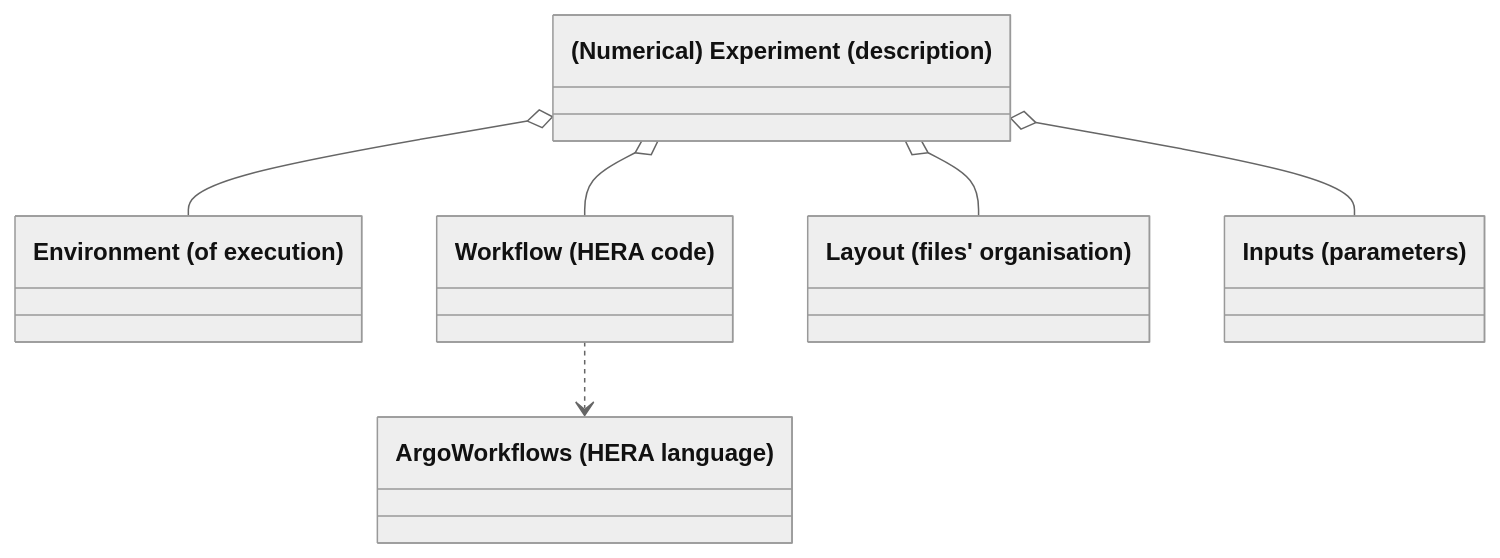
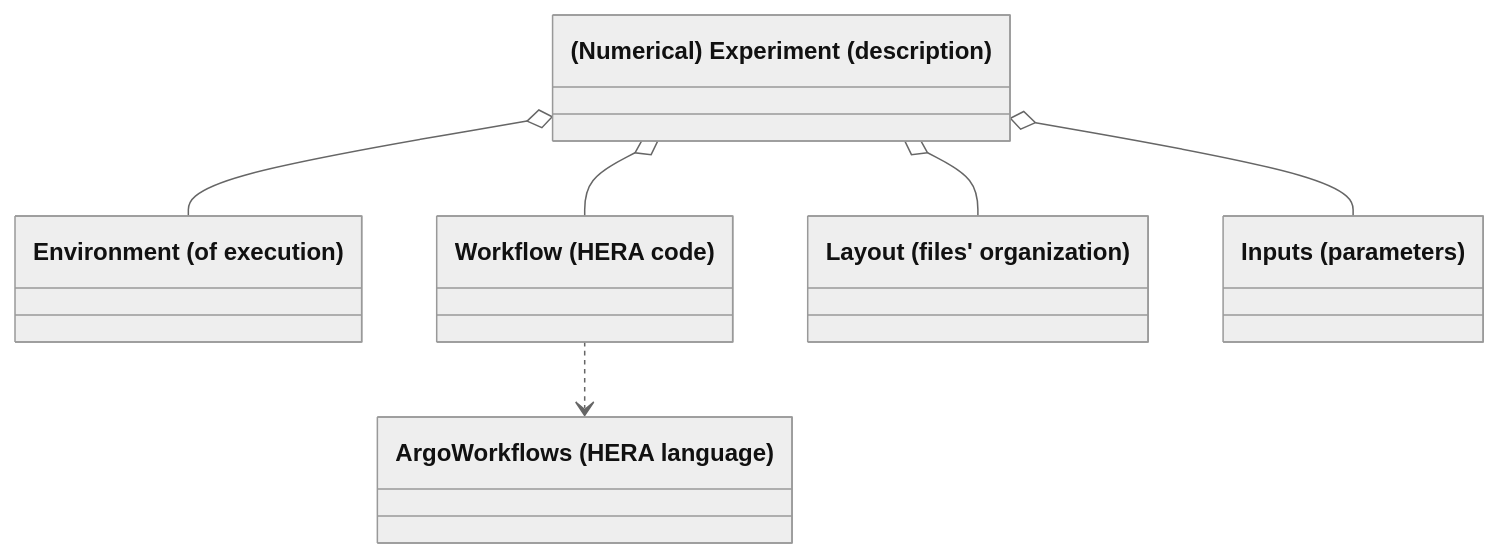
One commit to VCityTeam/hera_utils changed the first of 2 diagrams in README.md. Above: the diagram before and after it, drawn with Mermaid (neutral theme). The commit also changed other lines of this file and 4 other files, not shown here.

````diff
--- a/README.md
+++ b/README.md
@@ -10,14 +28,14 @@
 ```mermaid
 classDiagram
 class Experimentation["(Numerical) Experiment (description)"]
 class Environment["Environment (of execution)"]
 class Workflow["Workflow (HERA code)"]
 class WorkflowLanguage["ArgoWorkflows (HERA language)"]
-class Layout["Layout (files' organisation)"]
+class Layout["Layout (files' organization)"]
 class Inputs["Inputs (parameters)"]
 Experimentation o-- Workflow
 Workflow ..> WorkflowLanguage
 Experimentation o-- Layout
 Experimentation o-- Inputs
 Experimentation o-- Environment
 ```
````
